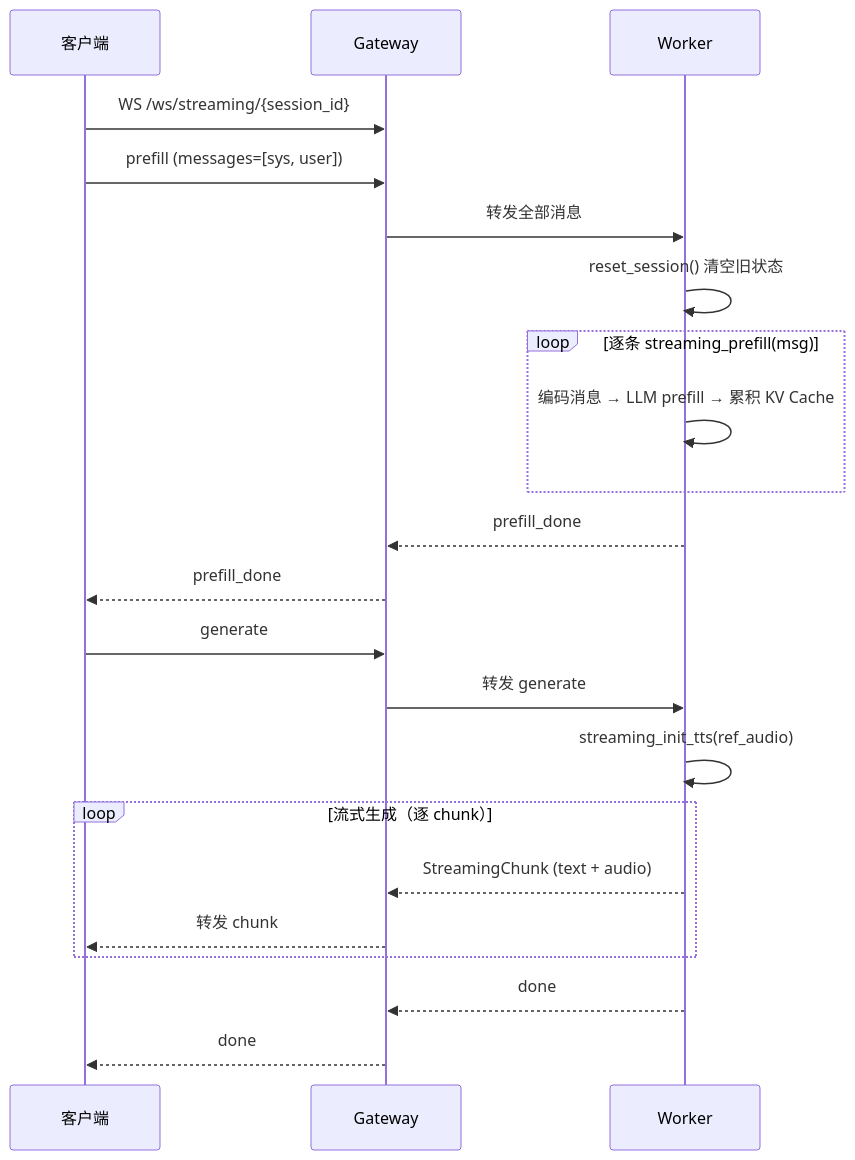
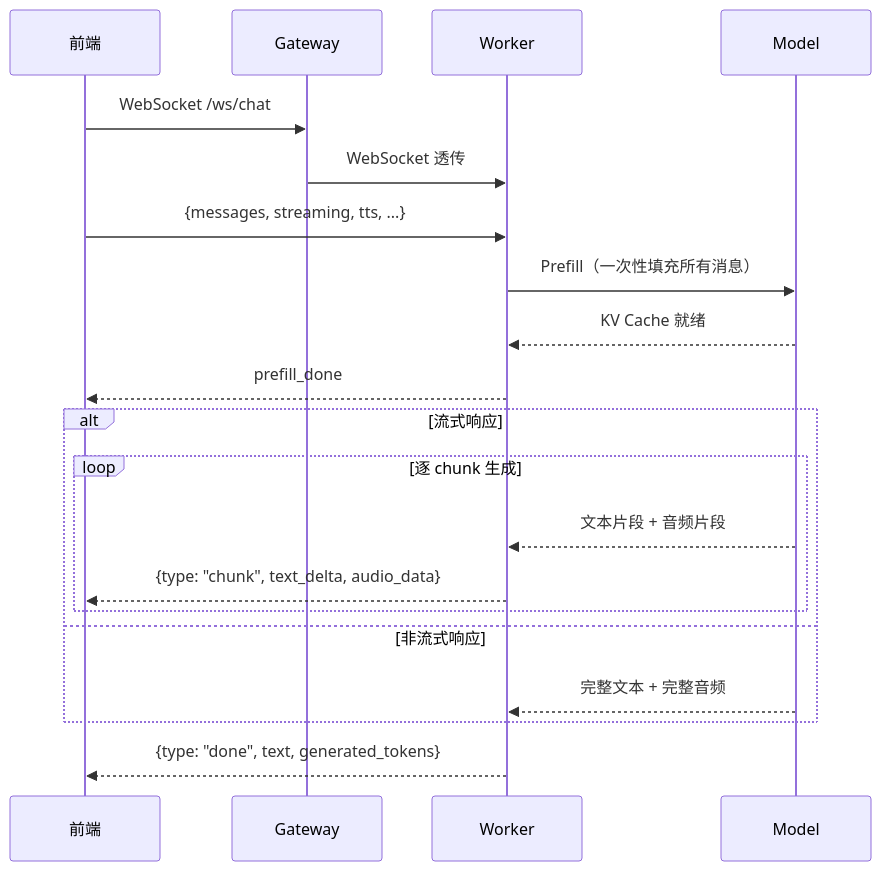
Before and after one commit to OpenBMB/minicpm-o-4_5-pytorch-simple-demo: the second of 2 diagrams in docs/zh/architecture/streaming.md, drawn with Mermaid. The commit also changed other lines of this file and 48 other files, not shown here.

````diff
--- a/docs/zh/architecture/streaming.md
+++ b/docs/zh/architecture/streaming.md
@@ -9,26 +28,26 @@
 ```mermaid
 sequenceDiagram
-    participant C as 客户端
+    participant FE as 前端
     participant GW as Gateway
-    participant W as Worker
+    participant WK as Worker
+    participant MD as Model
 
-    C->>GW: WS /ws/streaming/{session_id}
-    C->>GW: prefill (messages=[sys, user])
-    GW->>W: 转发全部消息
-    W->>W: reset_session() 清空旧状态
-    loop 逐条 streaming_prefill(msg)
-        W->>W: 编码消息 → LLM prefill → 累积 KV Cache
+    FE->>GW: WebSocket /ws/chat
+    GW->>WK: WebSocket 透传
+    FE->>WK: {messages, streaming, tts, ...}
+
+    WK->>MD: Prefill（一次性填充所有消息）
+    MD-->>WK: KV Cache 就绪
+    WK-->>FE: prefill_done
+
+    alt 流式响应
+        loop 逐 chunk 生成
+            MD-->>WK: 文本片段 + 音频片段
+            WK-->>FE: {type: "chunk", text_delta, audio_data}
+        end
+    else 非流式响应
+        MD-->>WK: 完整文本 + 完整音频
     end
-    W-->>GW: prefill_done
-    GW-->>C: prefill_done
 
-    C->>GW: generate
-    GW->>W: 转发 generate
-    W->>W: streaming_init_tts(ref_audio)
-    loop 流式生成（逐 chunk）
-        W-->>GW: StreamingChunk (text + audio)
-        GW-->>C: 转发 chunk
-    end
-    W-->>GW: done
-    GW-->>C: done
+    WK-->>FE: {type: "done", text, generated_tokens}
 ```
````
